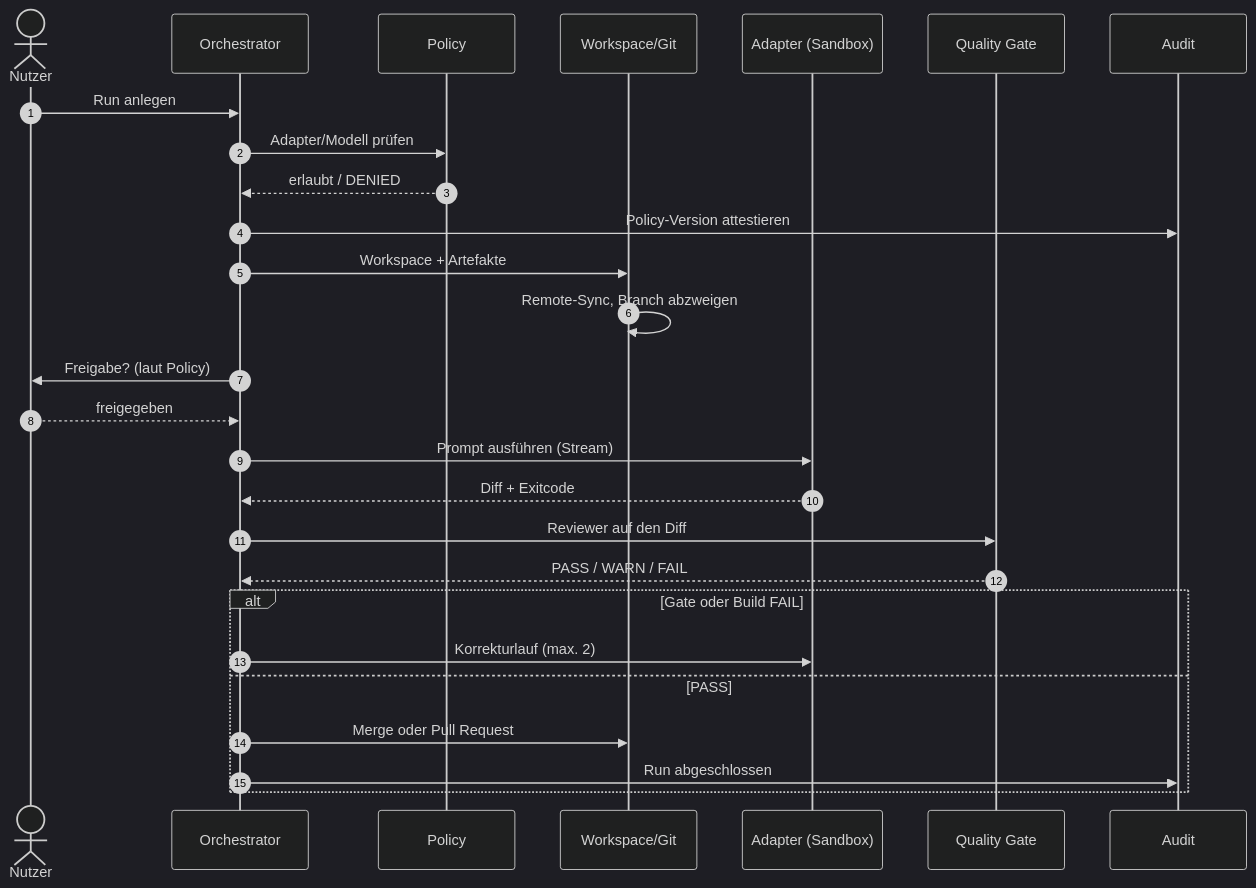
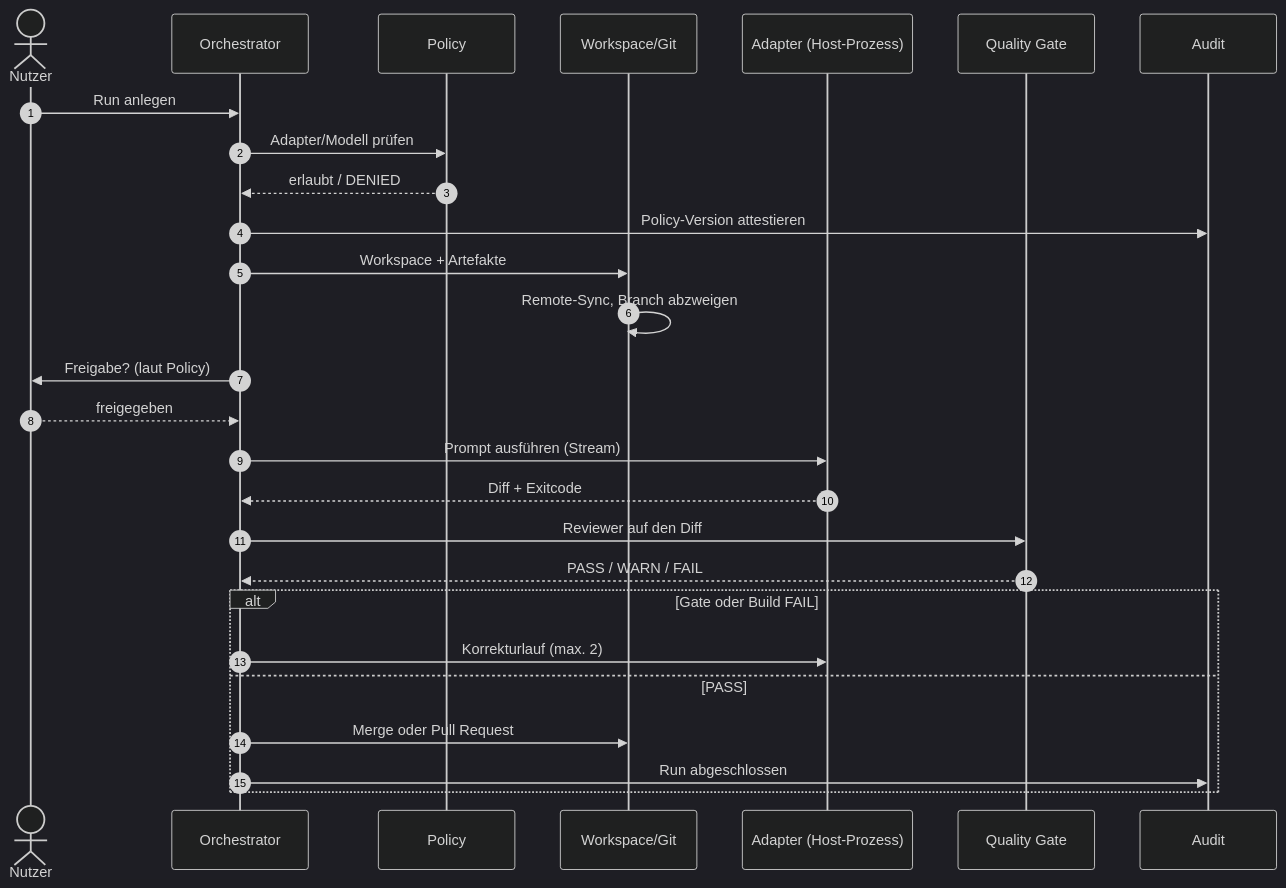
One commit to mjanda0815/agentic-publikation changed the diagram in abbildungen/abb24.mmd. Above: the diagram before and after it, drawn with Mermaid (dark theme). The commit also changed 57 other files, not shown here.

```diff
--- a/abbildungen/abb24.mmd
+++ b/abbildungen/abb24.mmd
@@ -1,28 +1,28 @@
 sequenceDiagram
     autonumber
     actor U as Nutzer
     participant O as Orchestrator
     participant P as Policy
     participant WS as Workspace/Git
-    participant AD as Adapter (Sandbox)
+    participant AD as Adapter (Host-Prozess)
     participant QG as Quality Gate
     participant AU as Audit
 
     U->>O: Run anlegen
     O->>P: Adapter/Modell prüfen
     P-->>O: erlaubt / DENIED
     O->>AU: Policy-Version attestieren
     O->>WS: Workspace + Artefakte
     WS->>WS: Remote-Sync, Branch abzweigen
     O->>U: Freigabe? (laut Policy)
     U-->>O: freigegeben
     O->>AD: Prompt ausführen (Stream)
     AD-->>O: Diff + Exitcode
     O->>QG: Reviewer auf den Diff
     QG-->>O: PASS / WARN / FAIL
     alt Gate oder Build FAIL
         O->>AD: Korrekturlauf (max. 2)
     else PASS
         O->>WS: Merge oder Pull Request
         O->>AU: Run abgeschlossen
     end
```
